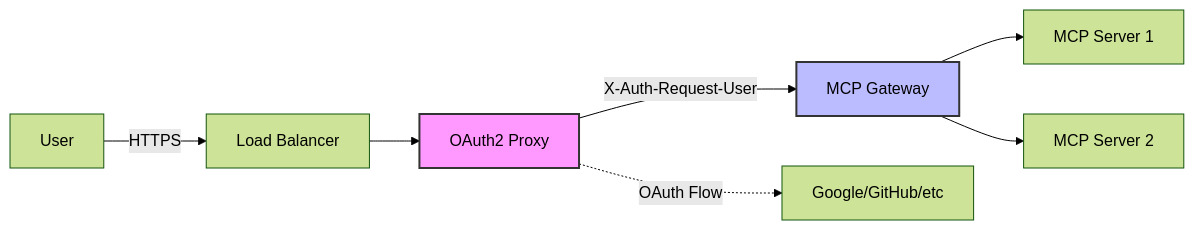
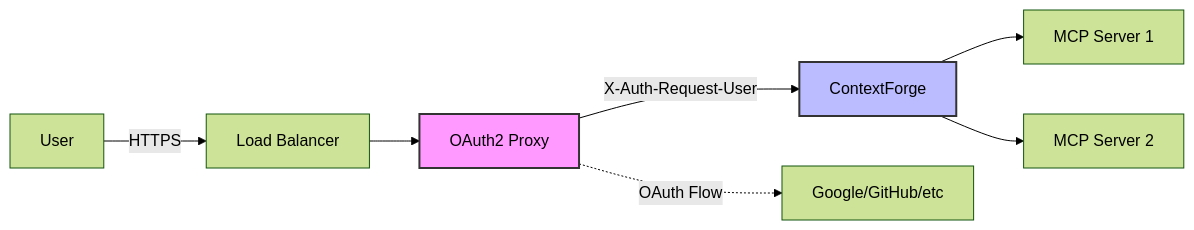
One commit to tedhabeck/mcp-context-forge changed the third of 10 diagrams in docs/docs/manage/proxy.md. Above: the diagram before and after it, drawn with Mermaid (forest theme). The commit also changed other lines of this file and 583 other files, not shown here.

First line of the commit message:
docs: rebrand to ContextForge AI Gateway (#3091)

````diff
--- a/docs/docs/manage/proxy.md
+++ b/docs/docs/manage/proxy.md
@@ -91,13 +91,13 @@
 ```mermaid
 graph LR
     User[User] -->|HTTPS| LB[Load Balancer]
     LB --> OAuth[OAuth2 Proxy]
-    OAuth -->|X-Auth-Request-User| Gateway[MCP Gateway]
+    OAuth -->|X-Auth-Request-User| Gateway[ContextForge]
     Gateway --> MCP1[MCP Server 1]
     Gateway --> MCP2[MCP Server 2]
 
     OAuth -.->|OAuth Flow| IDP[Google/GitHub/etc]
 
     style OAuth fill:#f9f,stroke:#333,stroke-width:2px
     style Gateway fill:#bbf,stroke:#333,stroke-width:2px
 ```
````
